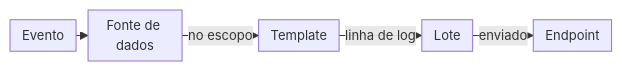
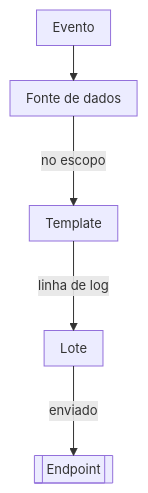
The diagram in apps/docs/src/content/docs/pt-br/pages/menu-principal/referencia/observe/data-streaming/data-streaming.mdx (aziontech/docs), drawn with Mermaid before and after one commit. The commit also changed 179 other files, not shown here.

Commit message:
docs(diagrams): redraw every other diagram in the use-case diagram style (#2513)

````diff
--- a/apps/docs/src/content/docs/pt-br/pages/menu-principal/referencia/observe/data-streaming/data-streaming.mdx
+++ b/apps/docs/src/content/docs/pt-br/pages/menu-principal/referencia/observe/data-streaming/data-streaming.mdx
@@ -64,8 +64,8 @@
 ```mermaid
-%%{init: {"layout": "dagre", "themeVariables": {"fontSize": "13px"}, "flowchart": {"nodeSpacing": 12, "rankSpacing": 12, "padding": 6, "wrappingWidth": 70, "minNodeWidth": 40, "useMaxWidth": true}}}%%
-flowchart LR
+%%{init: {"layout": "elk", "themeVariables": {"fontSize": "13px"}, "flowchart": {"nodeSpacing": 24, "rankSpacing": 36, "padding": 8, "wrappingWidth": 150, "useMaxWidth": true}, "sequence": {"width": 120, "actorMargin": 30, "useMaxWidth": true}}}%%
+flowchart TD
   Ev["Evento"] --> Src["Fonte de dados"]
   Src -->|"no escopo"| Tpl["Template"]
   Tpl -->|"linha de log"| Bat["Lote"]
-  Bat -->|"enviado"| End["Endpoint"]
+  Bat -->|"enviado"| End[["Endpoint"]]
 ```
````
